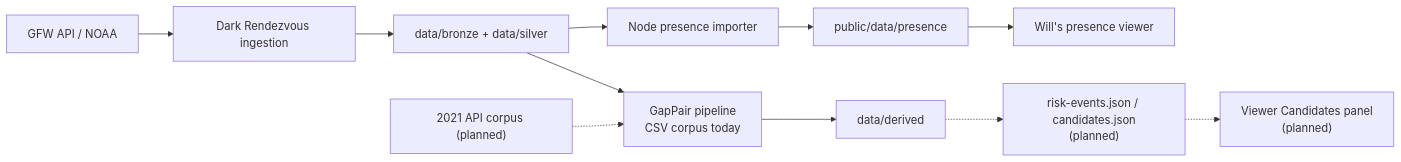
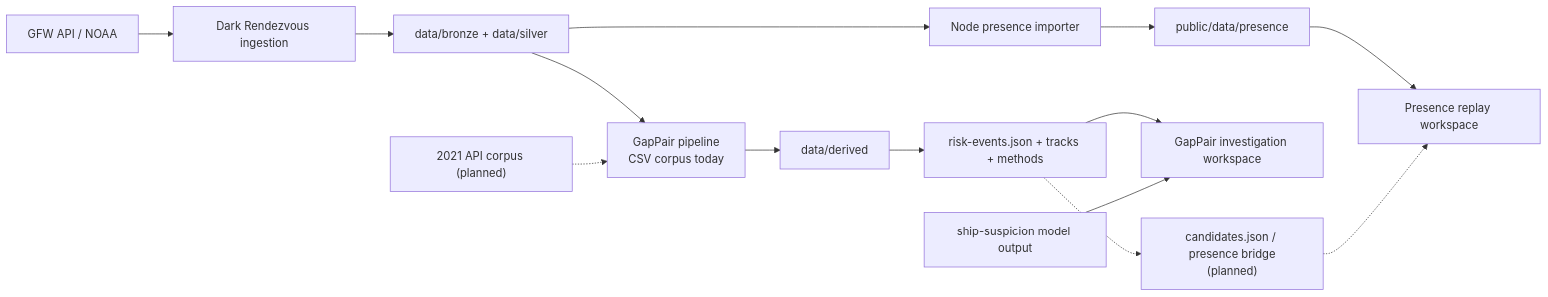
One commit to aywang71/DNHacks_2026 changed the diagram in docs/architecture.md. Above: the diagram before and after it, drawn with Mermaid. The commit also changed other lines of this file and 470 other files, not shown here.

Commit message:
WIP: ship suspicion panel, GapPair scoring pipeline, track exports

````diff
--- a/docs/architecture.md
+++ b/docs/architecture.md
@@ -5,13 +5,16 @@
 ```mermaid
 flowchart LR
     S["GFW API / NOAA"] --> I["Dark Rendezvous ingestion"]
     I --> D["data/bronze + data/silver"]
     D --> N["Node presence importer"]
     N --> P["public/data/presence"]
-    P --> V["Will's presence viewer"]
+    P --> V["Presence replay workspace"]
     D --> G["GapPair pipeline<br/>CSV corpus today"]
     A["2021 API corpus (planned)"] -.-> G
     G --> R["data/derived"]
-    R -.-> C["risk-events.json / candidates.json<br/>(planned)"]
-    C -.-> CP["Viewer Candidates panel<br/>(planned)"]
+    R --> C["risk-events.json + tracks + methods"]
+    C --> CP["GapPair investigation workspace"]
+    M["ship-suspicion model output"] --> CP
+    C -.-> B["candidates.json / presence bridge<br/>(planned)"]
+    B -.-> V
 ```
````
